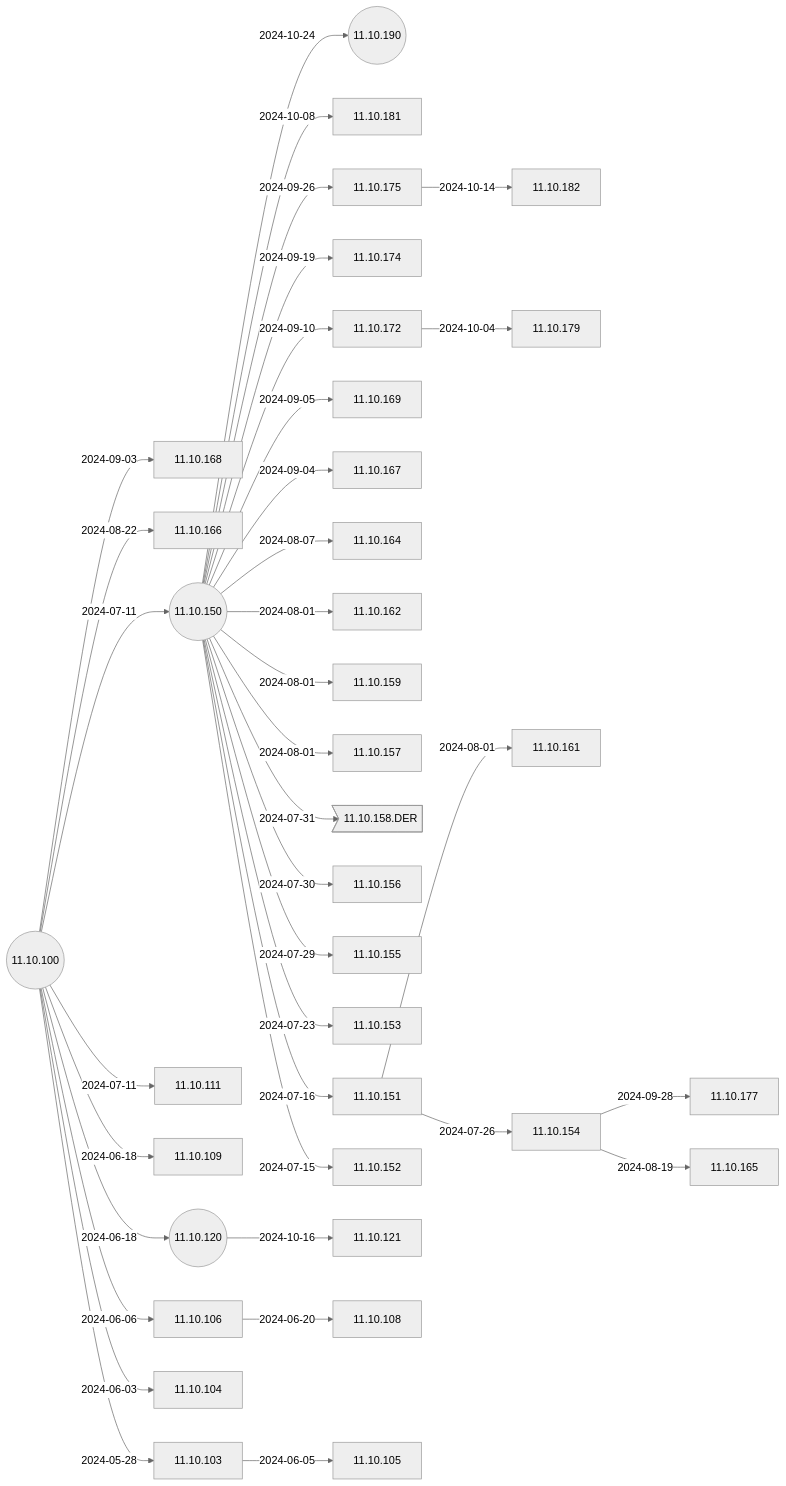
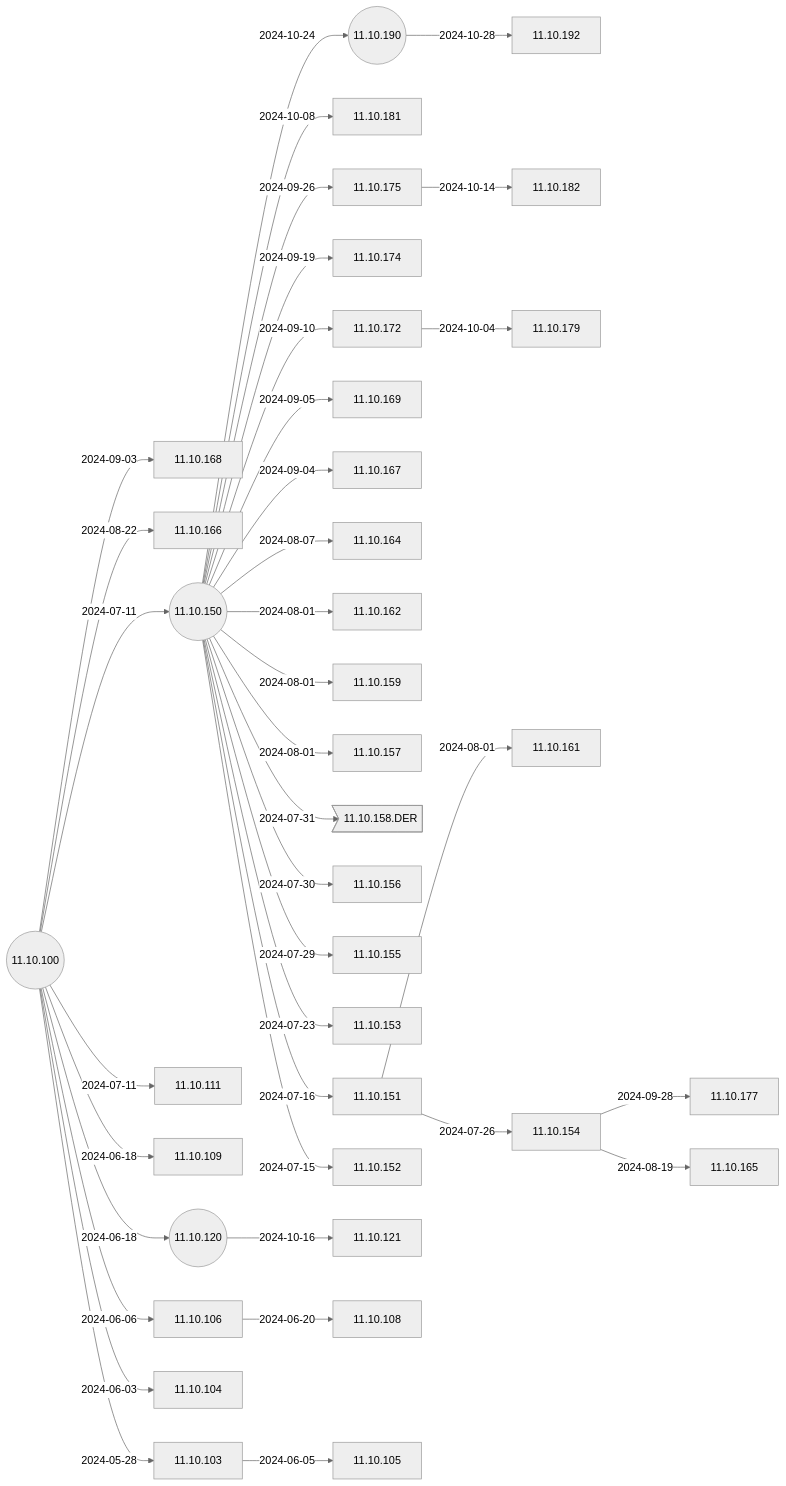
Before and after one commit to IGEL-Community/IGEL-Docs-v02: the second of 6 diagrams in docs/Docs/ReleaseNotes/01-OS11/README.md, drawn with Mermaid (neutral theme). The commit also changed 2 other files, not shown here.

Commit message:
11.10.192 < 11.10.190 11.10.192 < 11.10.190

````diff
--- a/docs/Docs/ReleaseNotes/01-OS11/README.md
+++ b/docs/Docs/ReleaseNotes/01-OS11/README.md
@@ -41,75 +41,77 @@
 ```mermaid
 flowchart LR
+    11.10.190-- 2024-10-28 -->11.10.192
     11.10.150-- 2024-10-24 -->11.10.190((11.10.190))
     11.10.120-- 2024-10-16 -->11.10.121
     11.10.175-- 2024-10-14 -->11.10.182
     11.10.150-- 2024-10-08 -->11.10.181
     11.10.172-- 2024-10-04 -->11.10.179
     11.10.154-- 2024-09-28 -->11.10.177
     11.10.150-- 2024-09-26 -->11.10.175
     11.10.150-- 2024-09-19 -->11.10.174
     11.10.150-- 2024-09-10 -->11.10.172
     11.10.150-- 2024-09-05 -->11.10.169
     11.10.150-- 2024-09-04 -->11.10.167
     11.10.100-- 2024-09-03 -->11.10.168
     11.10.100-- 2024-08-22 -->11.10.166
     11.10.154-- 2024-08-19 -->11.10.165
     11.10.150-- 2024-08-07 -->11.10.164
     11.10.150-- 2024-08-01 -->11.10.162
     11.10.151-- 2024-08-01 -->11.10.161
     11.10.150-- 2024-08-01 -->11.10.159
     11.10.150-- 2024-08-01 -->11.10.157
     11.10.150-- 2024-07-31 -->11.10.158.DER>11.10.158.DER]
     11.10.150-- 2024-07-30 -->11.10.156
     11.10.150-- 2024-07-29 -->11.10.155
     11.10.151-- 2024-07-26 -->11.10.154
     11.10.150-- 2024-07-23 -->11.10.153
     11.10.150-- 2024-07-16 -->11.10.151
     11.10.150-- 2024-07-15 -->11.10.152
     11.10.100-- 2024-07-11 -->11.10.150((11.10.150))
     11.10.100-- 2024-07-11 -->11.10.111
     11.10.106-- 2024-06-20 -->11.10.108
     11.10.100-- 2024-06-18 -->11.10.109
     11.10.100-- 2024-06-18 -->11.10.120((11.10.120))
     11.10.100-- 2024-06-06 -->11.10.106
     11.10.103-- 2024-06-05 -->11.10.105
     11.10.100-- 2024-06-03 -->11.10.104
     11.10.100-- 2024-05-28 -->11.10.103
     11.10.100((11.10.100))
+    click 11.10.192 "https://github.com/IGEL-Community/IGEL-Docs-v02/tree/main/docs/Docs/ReleaseNotes/01-OS11/readme11.10.192.txt" _blank
     click 11.10.190 "https://github.com/IGEL-Community/IGEL-Docs-v02/tree/main/docs/Docs/ReleaseNotes/01-OS11/readme11.10.190.txt" _blank
     click 11.10.121 "https://github.com/IGEL-Community/IGEL-Docs-v02/tree/main/docs/Docs/ReleaseNotes/01-OS11/readme11.10.121.txt" _blank
     click 11.10.182 "https://github.com/IGEL-Community/IGEL-Docs-v02/tree/main/docs/Docs/ReleaseNotes/01-OS11/readme11.10.182.txt" _blank
     click 11.10.181 "https://github.com/IGEL-Community/IGEL-Docs-v02/tree/main/docs/Docs/ReleaseNotes/01-OS11/readme11.10.181.txt" _blank
     click 11.10.179 "https://github.com/IGEL-Community/IGEL-Docs-v02/tree/main/docs/Docs/ReleaseNotes/01-OS11/readme11.10.179.txt" _blank
     click 11.10.177 "https://github.com/IGEL-Community/IGEL-Docs-v02/tree/main/docs/Docs/ReleaseNotes/01-OS11/readme11.10.177.txt" _blank
     click 11.10.175 "https://github.com/IGEL-Community/IGEL-Docs-v02/tree/main/docs/Docs/ReleaseNotes/01-OS11/readme11.10.175.txt" _blank
     click 11.10.174 "https://github.com/IGEL-Community/IGEL-Docs-v02/tree/main/docs/Docs/ReleaseNotes/01-OS11/readme11.10.174.txt" _blank
     click 11.10.172 "https://github.com/IGEL-Community/IGEL-Docs-v02/tree/main/docs/Docs/ReleaseNotes/01-OS11/readme11.10.172.txt" _blank
     click 11.10.169 "https://github.com/IGEL-Community/IGEL-Docs-v02/tree/main/docs/Docs/ReleaseNotes/01-OS11/readme11.10.169.txt" _blank
     click 11.10.167 "https://github.com/IGEL-Community/IGEL-Docs-v02/tree/main/docs/Docs/ReleaseNotes/01-OS11/readme11.10.167.txt" _blank
     click 11.10.168 "https://github.com/IGEL-Community/IGEL-Docs-v02/tree/main/docs/Docs/ReleaseNotes/01-OS11/readme11.10.168.txt" _blank
     click 11.10.166 "https://github.com/IGEL-Community/IGEL-Docs-v02/tree/main/docs/Docs/ReleaseNotes/01-OS11/readme11.10.166.txt" _blank
     click 11.10.165 "https://github.com/IGEL-Community/IGEL-Docs-v02/tree/main/docs/Docs/ReleaseNotes/01-OS11/readme11.10.165.txt" _blank
     click 11.10.164 "https://github.com/IGEL-Community/IGEL-Docs-v02/tree/main/docs/Docs/ReleaseNotes/01-OS11/readme11.10.164.txt" _blank
     click 11.10.162 "https://github.com/IGEL-Community/IGEL-Docs-v02/tree/main/docs/Docs/ReleaseNotes/01-OS11/readme11.10.162.txt" _blank
     click 11.10.161 "https://github.com/IGEL-Community/IGEL-Docs-v02/tree/main/docs/Docs/ReleaseNotes/01-OS11/readme11.10.161.txt" _blank
     click 11.10.159 "https://github.com/IGEL-Community/IGEL-Docs-v02/tree/main/docs/Docs/ReleaseNotes/01-OS11/readme11.10.159.txt" _blank
     click 11.10.157 "https://github.com/IGEL-Community/IGEL-Docs-v02/tree/main/docs/Docs/ReleaseNotes/01-OS11/readme11.10.157.txt" _blank
     click 11.10.158.DER "https://github.com/IGEL-Community/IGEL-Docs-v02/tree/main/docs/Docs/ReleaseNotes/01-OS11/readme11.10.158.DER.txt" _blank
     click 11.10.156 "https://github.com/IGEL-Community/IGEL-Docs-v02/tree/main/docs/Docs/ReleaseNotes/01-OS11/readme11.10.156.txt" _blank
     click 11.10.155 "https://github.com/IGEL-Community/IGEL-Docs-v02/tree/main/docs/Docs/ReleaseNotes/01-OS11/readme11.10.155.txt" _blank
     click 11.10.154 "https://github.com/IGEL-Community/IGEL-Docs-v02/tree/main/docs/Docs/ReleaseNotes/01-OS11/readme11.10.154.txt" _blank
     click 11.10.153 "https://github.com/IGEL-Community/IGEL-Docs-v02/tree/main/docs/Docs/ReleaseNotes/01-OS11/readme11.10.153.txt" _blank
     click 11.10.151 "https://github.com/IGEL-Community/IGEL-Docs-v02/tree/main/docs/Docs/ReleaseNotes/01-OS11/readme11.10.151.txt" _blank
     click 11.10.152 "https://github.com/IGEL-Community/IGEL-Docs-v02/tree/main/docs/Docs/ReleaseNotes/01-OS11/readme11.10.152.txt" _blank
     click 11.10.111 "https://github.com/IGEL-Community/IGEL-Docs-v02/tree/main/docs/Docs/ReleaseNotes/01-OS11/readme11.10.111.txt" _blank
     click 11.10.150 "https://github.com/IGEL-Community/IGEL-Docs-v02/tree/main/docs/Docs/ReleaseNotes/01-OS11/readme11.10.150.txt" _blank
     click 11.10.108 "https://github.com/IGEL-Community/IGEL-Docs-v02/tree/main/docs/Docs/ReleaseNotes/01-OS11/readme11.10.108.txt" _blank
     click 11.10.109 "https://github.com/IGEL-Community/IGEL-Docs-v02/tree/main/docs/Docs/ReleaseNotes/01-OS11/readme11.10.109.txt" _blank
     click 11.10.120 "https://github.com/IGEL-Community/IGEL-Docs-v02/tree/main/docs/Docs/ReleaseNotes/01-OS11/readme11.10.120.txt" _blank
     click 11.10.106 "https://github.com/IGEL-Community/IGEL-Docs-v02/tree/main/docs/Docs/ReleaseNotes/01-OS11/readme11.10.106.txt" _blank
     click 11.10.105 "https://github.com/IGEL-Community/IGEL-Docs-v02/tree/main/docs/Docs/ReleaseNotes/01-OS11/readme11.10.105.txt" _blank
     click 11.10.104 "https://github.com/IGEL-Community/IGEL-Docs-v02/tree/main/docs/Docs/ReleaseNotes/01-OS11/readme11.10.104.txt" _blank
     click 11.10.103 "https://github.com/IGEL-Community/IGEL-Docs-v02/tree/main/docs/Docs/ReleaseNotes/01-OS11/readme11.10.103.txt" _blank
     click 11.10.100 "https://github.com/IGEL-Community/IGEL-Docs-v02/tree/main/docs/Docs/ReleaseNotes/01-OS11/readme11.10.100.txt" _blank
 ```
````
